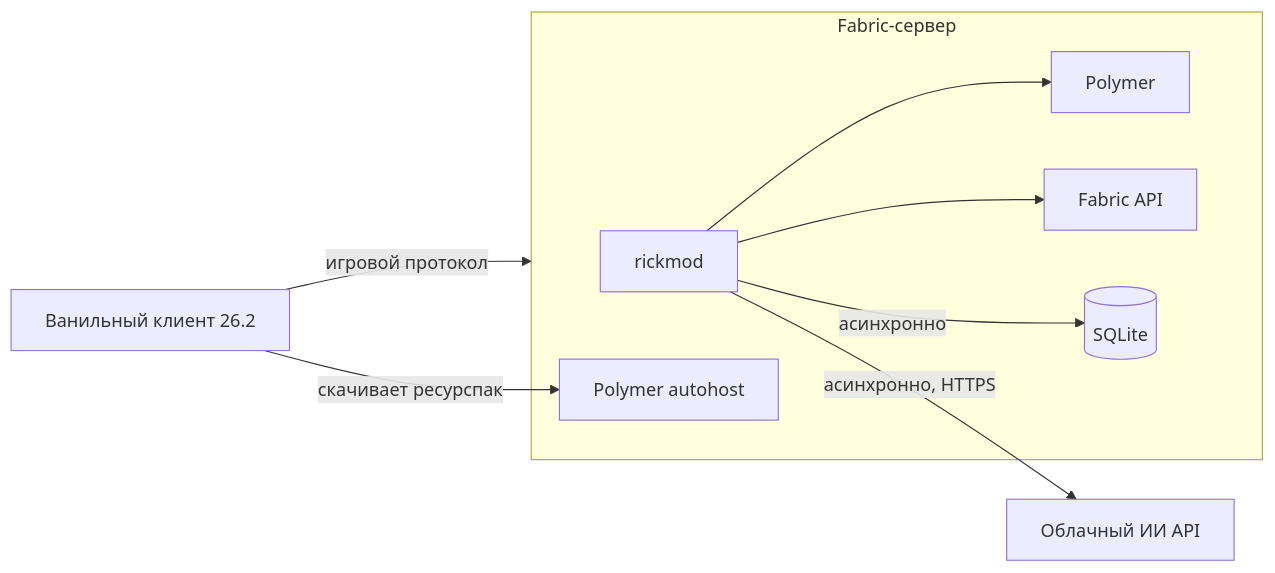
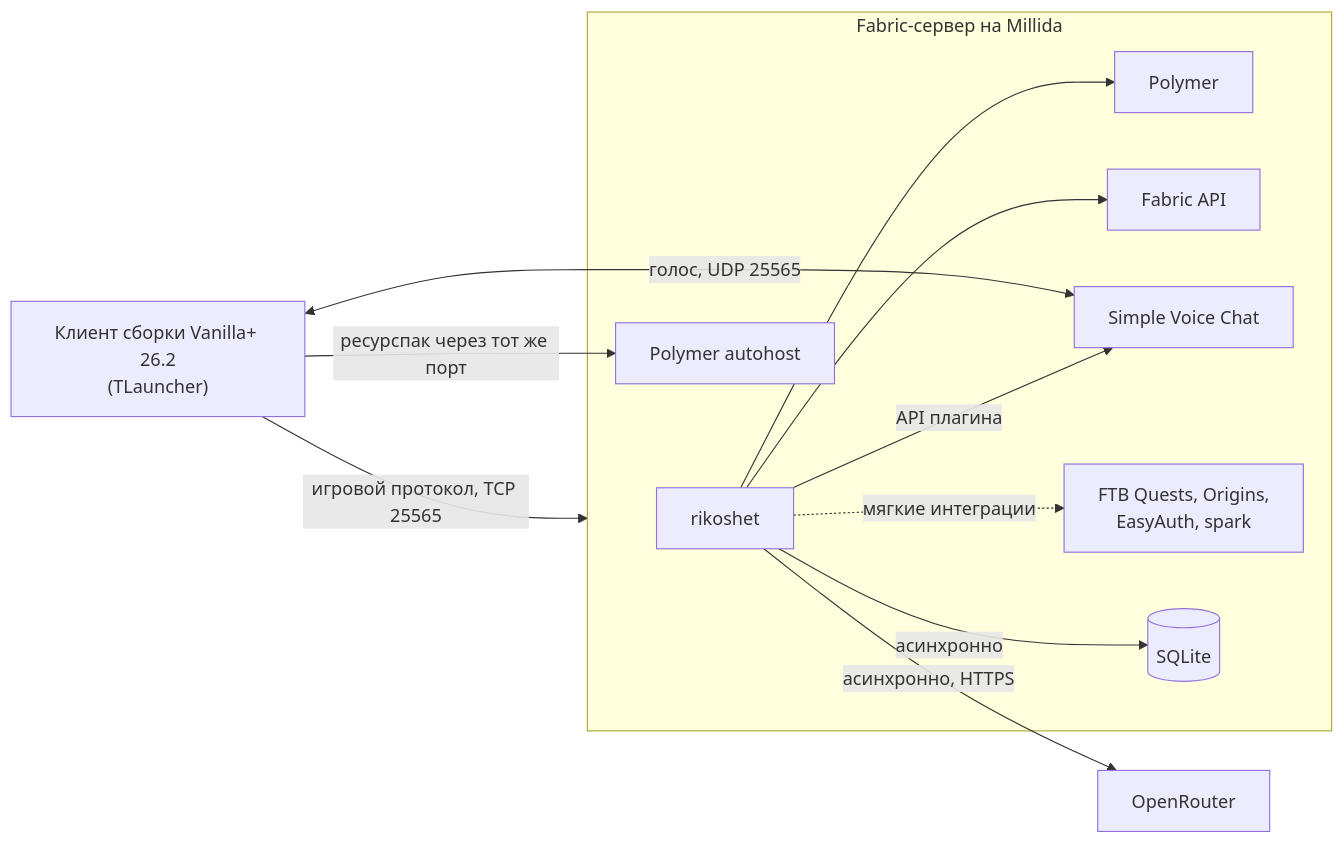
The first of 2 diagrams in docs/architecture/overview.md (XetPy1030/rick-mod), drawn with Mermaid before and after one commit. The commit also changed other lines of this file and 27 other files, not shown here.

````diff
--- a/docs/architecture/overview.md
+++ b/docs/architecture/overview.md
@@ -7,19 +7,24 @@
 ```mermaid
 flowchart LR
-    Client["Ванильный клиент 26.2"]
-    subgraph Server["Fabric-сервер"]
-        Mod["rickmod"]
+    Client["Клиент сборки Vanilla+ 26.2<br/>(TLauncher)"]
+    subgraph Server["Fabric-сервер на Millida"]
+        Mod["rikoshet"]
         Polymer["Polymer"]
         Autohost["Polymer autohost"]
         FAPI["Fabric API"]
+        VC["Simple Voice Chat"]
+        Others["FTB Quests, Origins,<br/>EasyAuth, spark"]
         DB[("SQLite")]
     end
-    AI["Облачный ИИ API"]
+    AI["OpenRouter"]
 
-    Client -- "игровой протокол" --> Server
-    Client -- "скачивает ресурспак" --> Autohost
+    Client -- "игровой протокол, TCP 25565" --> Server
+    Client -- "ресурспак через тот же порт" --> Autohost
+    Client <-- "голос, UDP 25565" --> VC
     Mod --> Polymer
     Mod --> FAPI
+    Mod -- "API плагина" --> VC
+    Mod -. "мягкие интеграции" .-> Others
     Mod -- "асинхронно" --> DB
     Mod -- "асинхронно, HTTPS" --> AI
 ```
````
